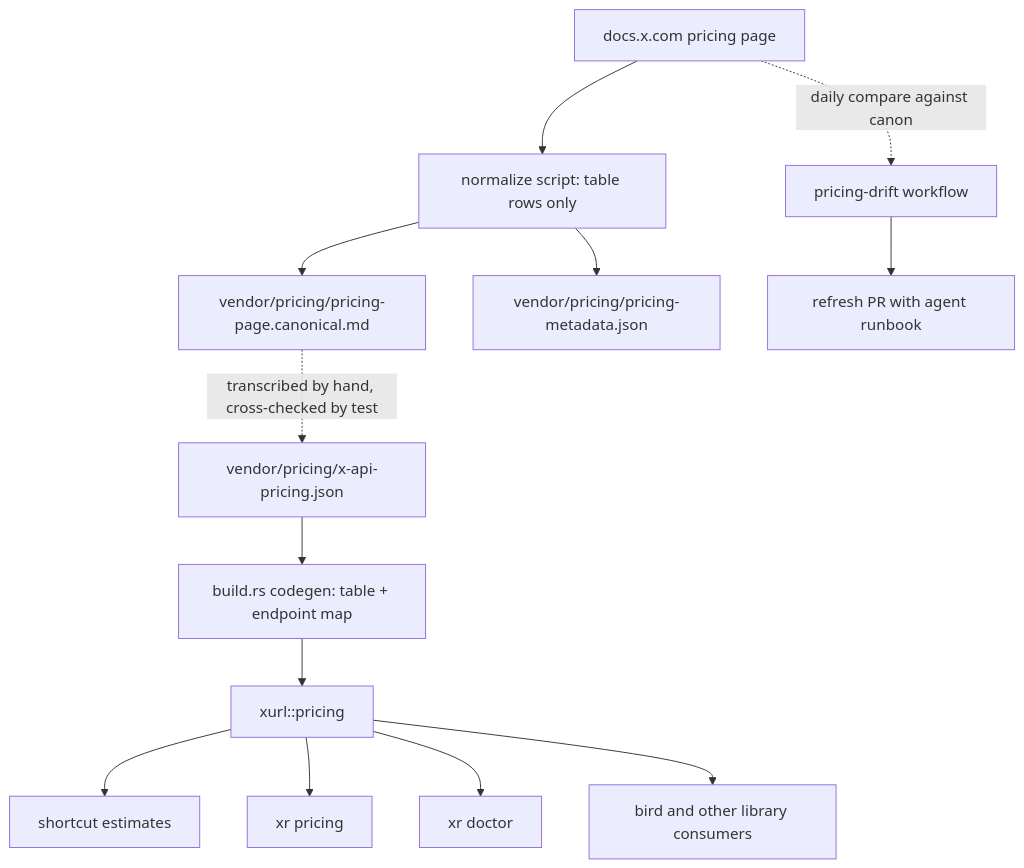
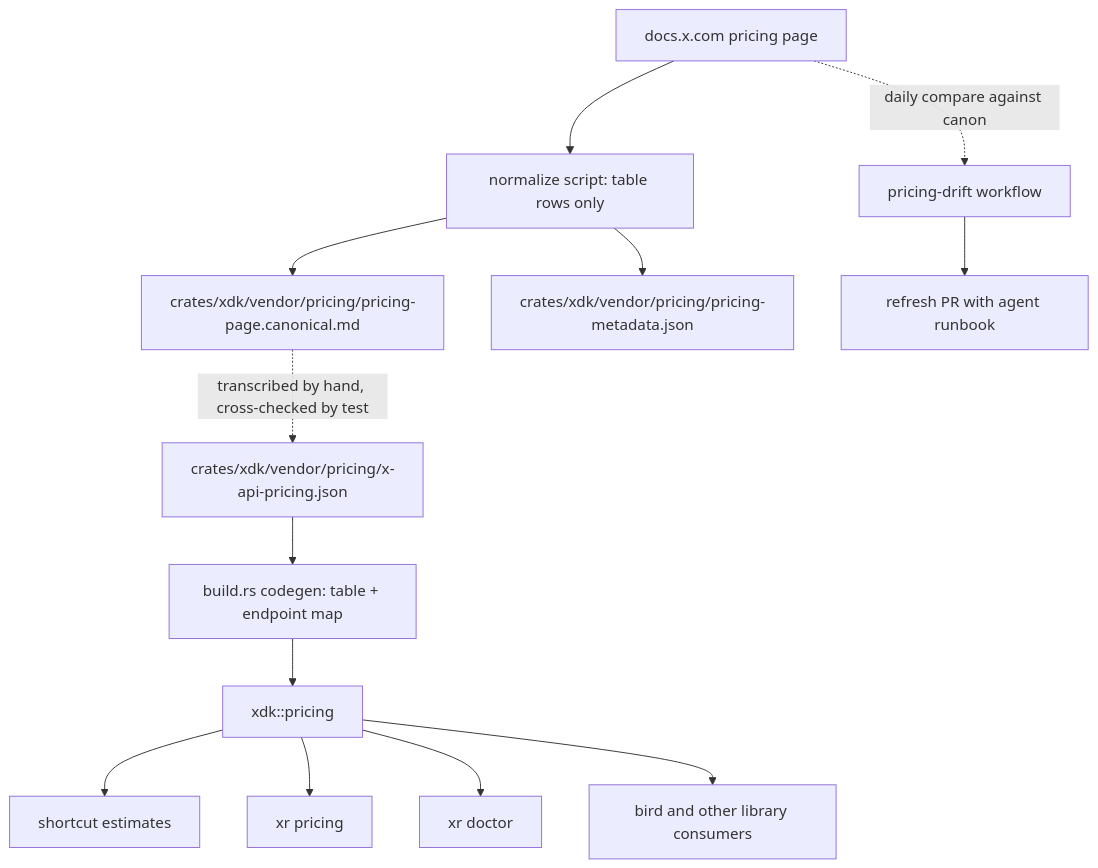
One commit to brettdavies/xurl-rs changed the first of 3 diagrams in docs/plans/2026-09-03-1310-feat-pricing-cost-estimates-doctor-plan.md. Above: the diagram before and after it, drawn with Mermaid. The commit also changed other lines of this file and 6 other files, not shown here.

````diff
--- a/docs/plans/2026-09-03-1310-feat-pricing-cost-estimates-doctor-plan.md
+++ b/docs/plans/2026-09-03-1310-feat-pricing-cost-estimates-doctor-plan.md
@@ -353,15 +357,15 @@
 ```mermaid
 flowchart TB
   page[docs.x.com pricing page] --> norm[normalize script: table rows only]
-  norm --> canon[vendor/pricing/pricing-page.canonical.md]
-  norm --> meta[vendor/pricing/pricing-metadata.json]
-  canon -.transcribed by hand, cross-checked by test.-> json[vendor/pricing/x-api-pricing.json]
+  norm --> canon[crates/xdk/vendor/pricing/pricing-page.canonical.md]
+  norm --> meta[crates/xdk/vendor/pricing/pricing-metadata.json]
+  canon -.transcribed by hand, cross-checked by test.-> json[crates/xdk/vendor/pricing/x-api-pricing.json]
   json --> build[build.rs codegen: table + endpoint map]
-  build --> module[xurl::pricing]
+  build --> module[xdk::pricing]
   module --> est[shortcut estimates]
   module --> cmd[xr pricing]
   module --> doc[xr doctor]
   module --> bird[bird and other library consumers]
   page -. daily compare against canon .-> drift[pricing-drift workflow]
   drift --> pr[refresh PR with agent runbook]
 ```
````
